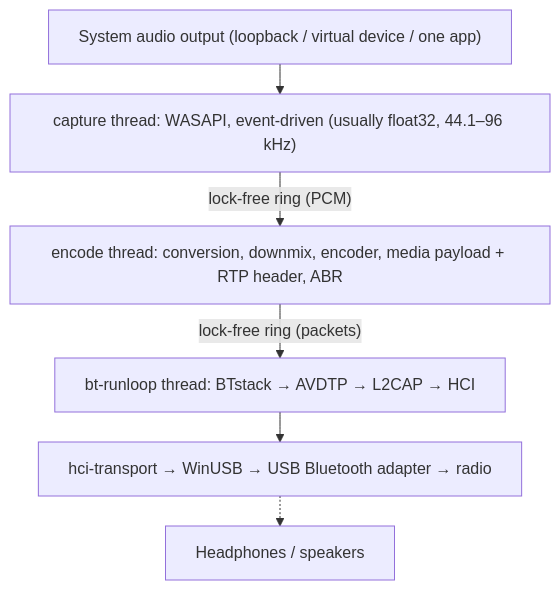
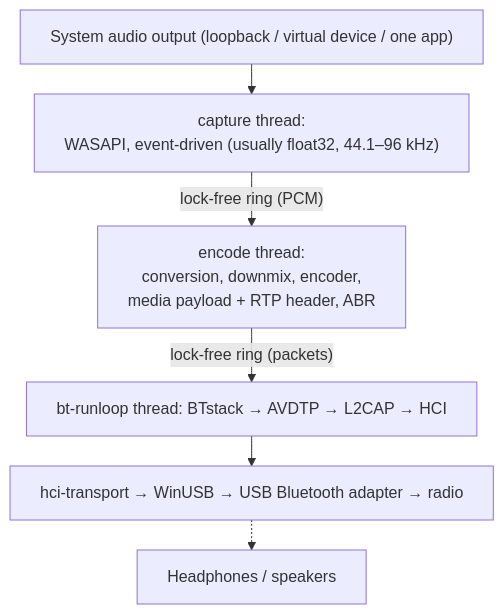
One commit to SeiyaFunaokaJP/BlueCaster changed the third of 5 diagrams in docs/architecture.md. Above: the diagram before and after it, drawn with Mermaid. The commit also changed other lines of this file and 7 other files, not shown here.

First line of the commit message:
Docs: break the cut-off labels of the audio path and state diagrams

````diff
--- a/docs/architecture.md
+++ b/docs/architecture.md
@@ -168,15 +168,15 @@
 ```mermaid
 ---
 config:
   flowchart:
     wrappingWidth: 480
     rankSpacing: 30
 ---
 flowchart TD
     out["System audio output (loopback / virtual device / one app)"]
-    out --> cap["capture thread: WASAPI, event-driven (usually float32, 44.1–96 kHz)"]
-    cap -->|"lock-free ring (PCM)"| enc["encode thread: conversion, downmix, encoder, media payload + RTP header, ABR"]
+    out --> cap["capture thread:<br>WASAPI, event-driven (usually float32, 44.1–96 kHz)"]
+    cap -->|"lock-free ring (PCM)"| enc["encode thread:<br>conversion, downmix, encoder,<br>media payload + RTP header, ABR"]
     enc -->|"lock-free ring (packets)"| stack["bt-runloop thread: BTstack → AVDTP → L2CAP → HCI"]
     stack --> usb["hci-transport → WinUSB → USB Bluetooth adapter → radio"]
     usb -.-> hp["Headphones / speakers"]
 ```
````
